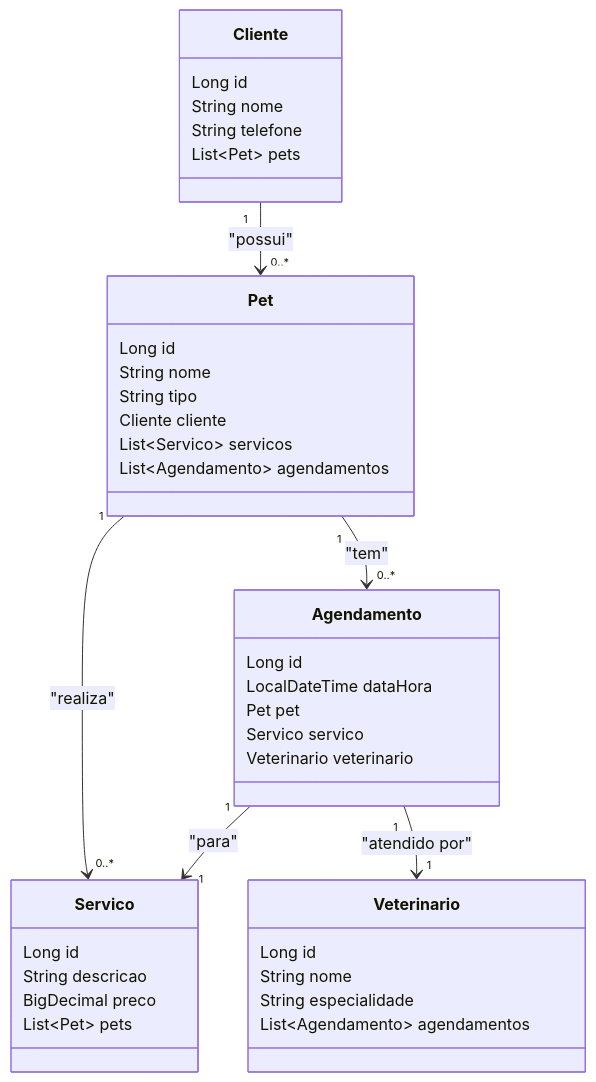
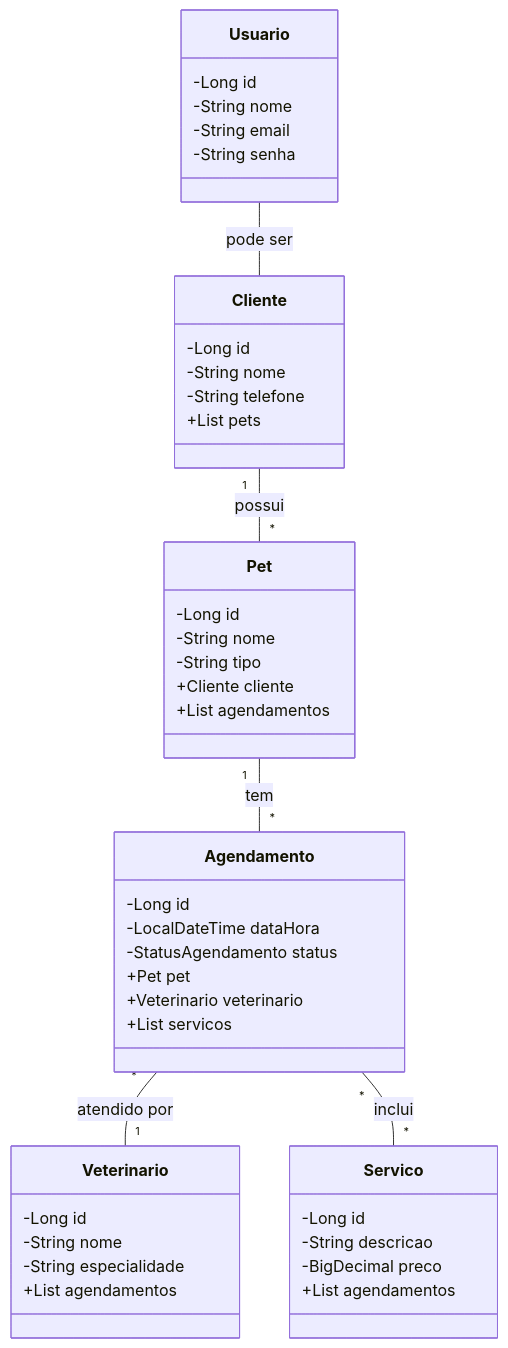
One commit to Lucasgyn94/spring-pet-api changed the diagram in README.md. Above: the diagram before and after it, drawn with Mermaid. The commit also changed 2 other files, not shown here.

Commit message:
att readme.md

````diff
--- a/README.md
+++ b/README.md
@@ -3,48 +3,55 @@
 ```mermaid
 classDiagram
     class Cliente {
-        Long id
-        String nome
-        String telefone
-        List~Pet~ pets
+        -Long id
+        -String nome
+        -String telefone
+        +List<Pet> pets
     }
     
     class Pet {
-        Long id
-        String nome
-        String tipo
-        Cliente cliente
-        List~Servico~ servicos
-        List~Agendamento~ agendamentos
+        -Long id
+        -String nome
+        -String tipo
+        +Cliente cliente
+        +List<Agendamento> agendamentos
+    }
+    
+    class Agendamento {
+        -Long id
+        -LocalDateTime dataHora
+        -StatusAgendamento status
+        +Pet pet
+        +Veterinario veterinario
+        +List<Servico> servicos
+    }
+    
+    class Veterinario {
+        -Long id
+        -String nome
+        -String especialidade
+        +List<Agendamento> agendamentos
     }
     
     class Servico {
-        Long id
-        String descricao
-        BigDecimal preco
-        List~Pet~ pets
+        -Long id
+        -String descricao
+        -BigDecimal preco
+        +List<Agendamento> agendamentos
     }
-
-    class Agendamento {
-        Long id
-        LocalDateTime dataHora
-        Pet pet
-        Servico servico
-        Veterinario veterinario
+    
+    class Usuario {
+        -Long id
+        -String nome
+        -String email
+        -String senha
     }
-
-    class Veterinario {
-        Long id
-        String nome
-        String especialidade
-        List~Agendamento~ agendamentos
-    }
-
-    Cliente "1" --> "0..*" Pet : "possui"
-    Pet "1" --> "0..*" Servico : "realiza"
-    Pet "1" --> "0..*" Agendamento : "tem"
-    Agendamento "1" --> "1" Servico : "para"
-    Agendamento "1" --> "1" Veterinario : "atendido por"
+    
+    Cliente "1" -- "*" Pet : possui
+    Pet "1" -- "*" Agendamento : tem
+    Agendamento "*" -- "1" Veterinario : atendido por
+    Agendamento "*" -- "*" Servico : inclui
+    Usuario -- Cliente : pode ser
 
 
 ```
````
